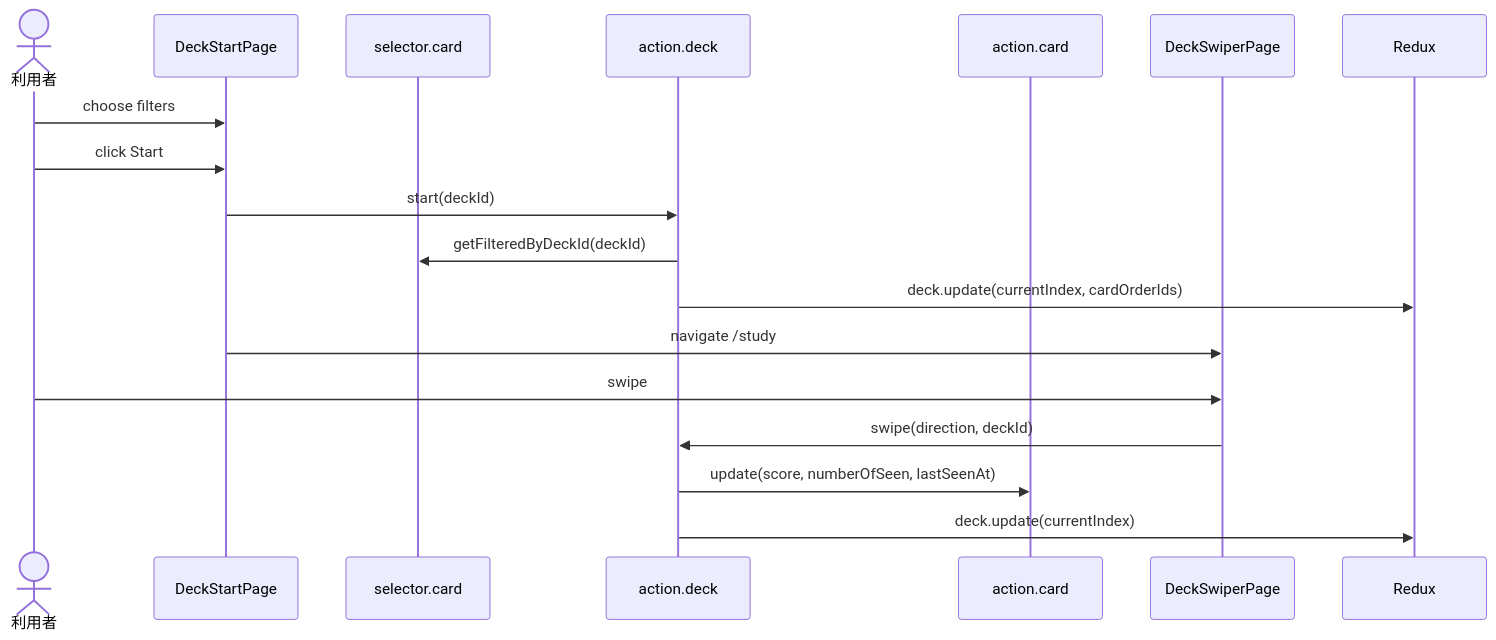
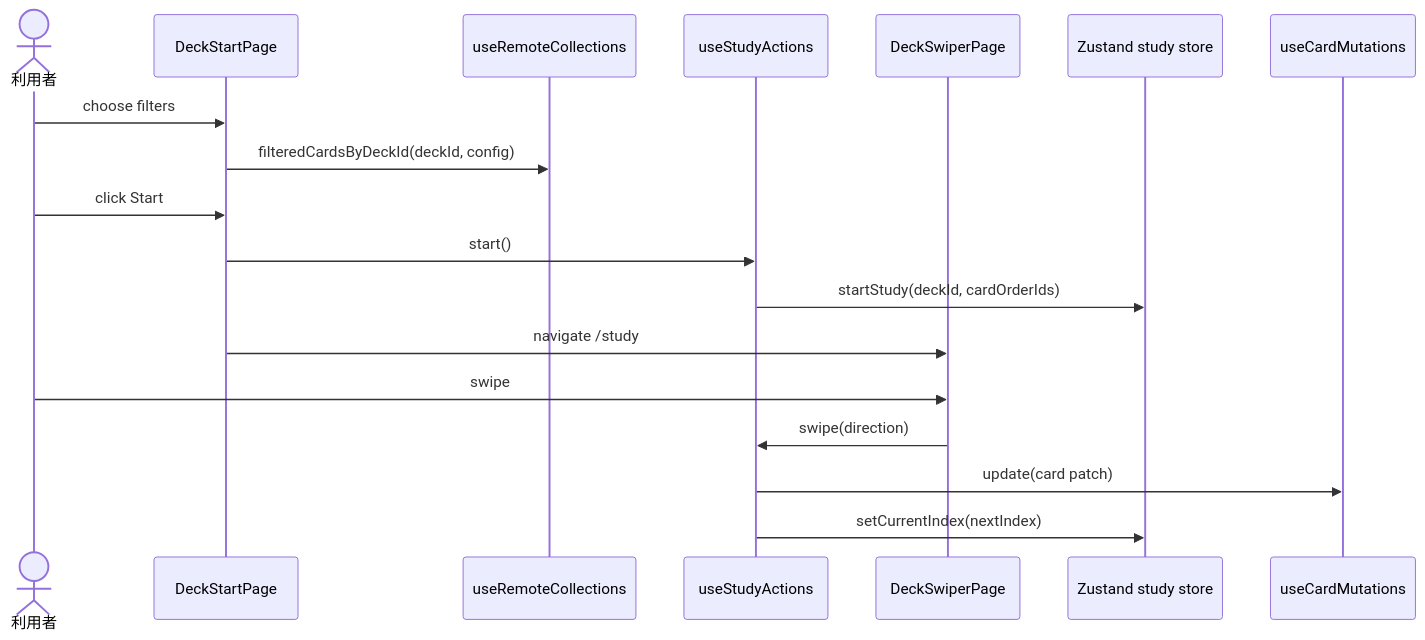
The third of 4 diagrams in docs/summary/use-cases.md (her0e1c1/tango), drawn with Mermaid before and after one commit. The commit also changed other lines of this file and 26 other files, not shown here.

````diff
--- a/docs/summary/use-cases.md
+++ b/docs/summary/use-cases.md
@@ -74,21 +73,21 @@
 ```mermaid
 sequenceDiagram
     actor User as 利用者
     participant Start as DeckStartPage
-    participant Selector as selector.card
-    participant Deck as action.deck
-    participant Card as action.card
+    participant Collections as useRemoteCollections
+    participant Actions as useStudyActions
     participant Study as DeckSwiperPage
-    participant Store as Redux
+    participant StudyStore as Zustand study store
+    participant CardMutation as useCardMutations
 
     User->>Start: choose filters
+    Start->>Collections: filteredCardsByDeckId(deckId, config)
     User->>Start: click Start
-    Start->>Deck: start(deckId)
-    Deck->>Selector: getFilteredByDeckId(deckId)
-    Deck->>Store: deck.update(currentIndex, cardOrderIds)
+    Start->>Actions: start()
+    Actions->>StudyStore: startStudy(deckId, cardOrderIds)
     Start->>Study: navigate /study
     User->>Study: swipe
-    Study->>Deck: swipe(direction, deckId)
-    Deck->>Card: update(score, numberOfSeen, lastSeenAt)
-    Deck->>Store: deck.update(currentIndex)
+    Study->>Actions: swipe(direction)
+    Actions->>CardMutation: update(card patch)
+    Actions->>StudyStore: setCurrentIndex(nextIndex)
 ```
````
